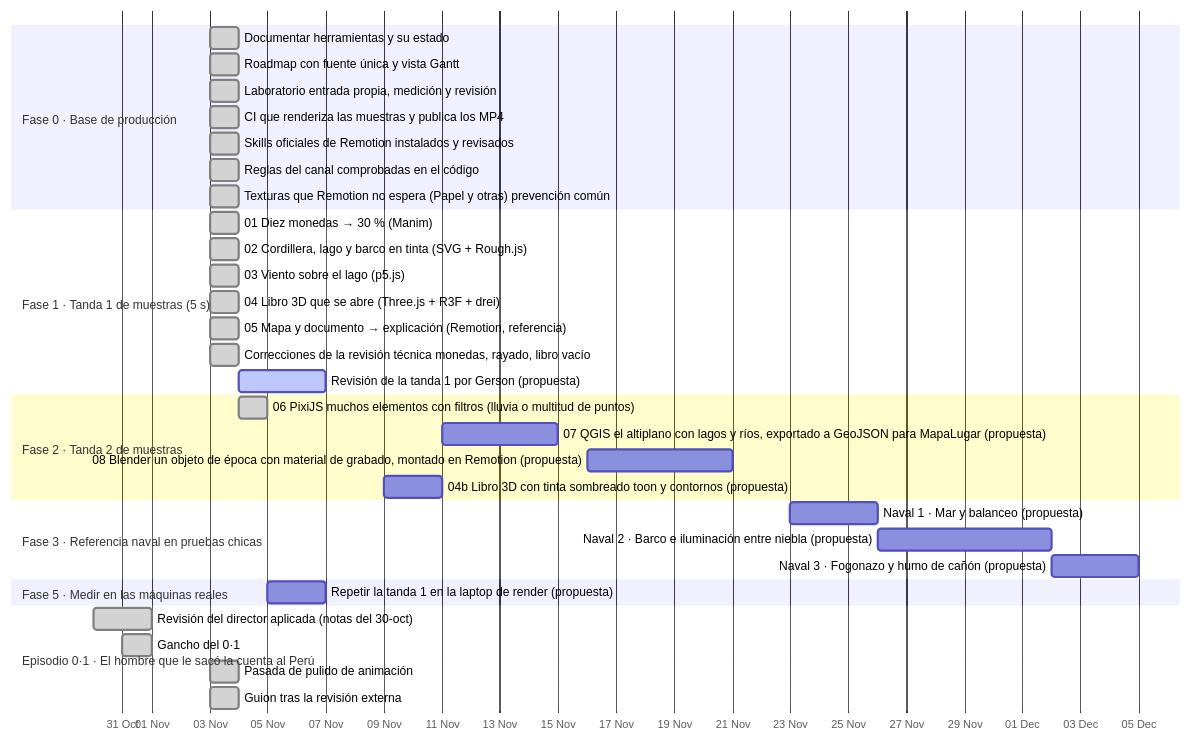
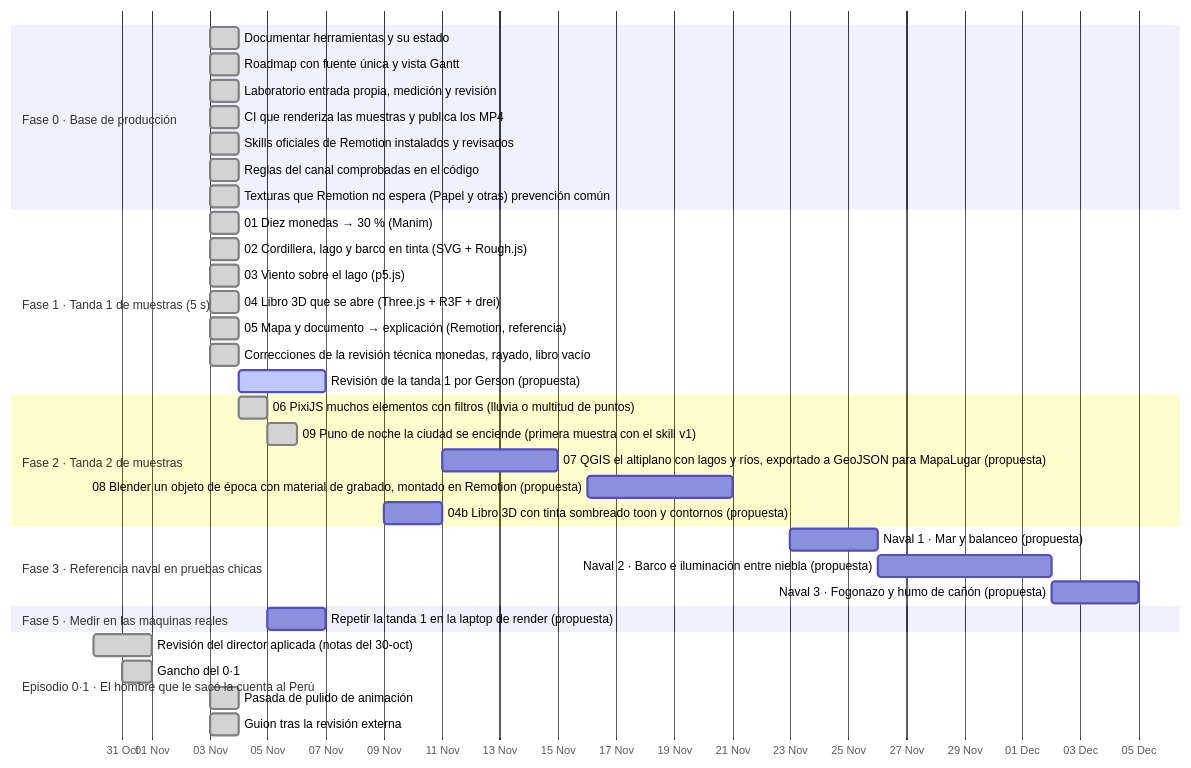
One commit to Eltiokarma/Remotion_HistoriaPer- changed the diagram in ROADMAP.md. Above: the diagram before and after it, drawn with Mermaid. The commit also changed other lines of this file and 14 other files, not shown here.

First line of the commit message:
Muestra 09: Puno de noche, la primera con el skill del canal v1

````diff
--- a/ROADMAP.md
+++ b/ROADMAP.md
@@ -30,38 +30,39 @@
 ```mermaid
 gantt
   dateFormat YYYY-MM-DD
   axisFormat %d %b
   todayMarker off
   section Fase 0 · Base de producción
   Documentar herramientas y su estado :done, f0herramientas, 2026-11-03, 1d
   Roadmap con fuente única y vista Gantt :done, f0roadmap, 2026-11-03, 1d
   Laboratorio entrada propia, medición y revisión :done, f0laboratorio, 2026-11-03, 1d
   CI que renderiza las muestras y publica los MP4 :done, t1ci, 2026-11-03, 1d
   Skills oficiales de Remotion instalados y revisados :done, f0skillremotion, 2026-11-03, 1d
   Reglas del canal comprobadas en el código :done, f0reglascodigo, 2026-11-03, 1d
   Texturas que Remotion no espera (Papel y otras) prevención común :done, infrapapel, 2026-11-03, 1d
   section Fase 1 · Tanda 1 de muestras (5 s)
   01 Diez monedas → 30 % (Manim) :done, t1manim, 2026-11-03, 1d
   02 Cordillera, lago y barco en tinta (SVG + Rough.js) :done, t1tinta, 2026-11-03, 1d
   03 Viento sobre el lago (p5.js) :done, t1viento, 2026-11-03, 1d
   04 Libro 3D que se abre (Three.js + R3F + drei) :done, t1libro3d, 2026-11-03, 1d
   05 Mapa y documento → explicación (Remotion, referencia) :done, t1mapa, 2026-11-03, 1d
   Correcciones de la revisión técnica monedas, rayado, libro vacío :done, t1correcciones, 2026-11-03, 1d
   Revisión de la tanda 1 por Gerson (propuesta) :active, t1revision, 2026-11-04, 3d
   section Fase 2 · Tanda 2 de muestras
   06 PixiJS muchos elementos con filtros (lluvia o multitud de puntos) :done, t2pixi, 2026-11-04, 1d
+  09 Puno de noche la ciudad se enciende (primera muestra con el skill v1) :done, t2puno, 2026-11-05, 1d
   07 QGIS el altiplano con lagos y ríos, exportado a GeoJSON para MapaLugar (propuesta) :t2qgis, 2026-11-11, 4d
   08 Blender un objeto de época con material de grabado, montado en Remotion (propuesta) :t2blender, 2026-11-16, 5d
   04b Libro 3D con tinta sombreado toon y contornos (propuesta) :t2toon, 2026-11-09, 2d
   section Fase 3 · Referencia naval en pruebas chicas
   Naval 1 · Mar y balanceo (propuesta) :n1mar, 2026-11-23, 3d
   Naval 2 · Barco e iluminación entre niebla (propuesta) :n2barco, 2026-11-26, 6d
   Naval 3 · Fogonazo y humo de cañón (propuesta) :n3fogonazo, 2026-12-02, 3d
   section Fase 5 · Medir en las máquinas reales
   Repetir la tanda 1 en la laptop de render (propuesta) :f5laptop, 2026-11-05, 2d
   section Episodio 0·1 · El hombre que le sacó la cuenta al Perú
   Revisión del director aplicada (notas del 30-oct) :done, e1revision, 2026-10-30, 2d
   Gancho del 0·1 :done, e1gancho, 2026-10-31, 1d
   Pasada de pulido de animación :done, e1pulido, 2026-11-03, 1d
   Guion tras la revisión externa :done, e1guionexterno, 2026-11-03, 1d
 ```
````
